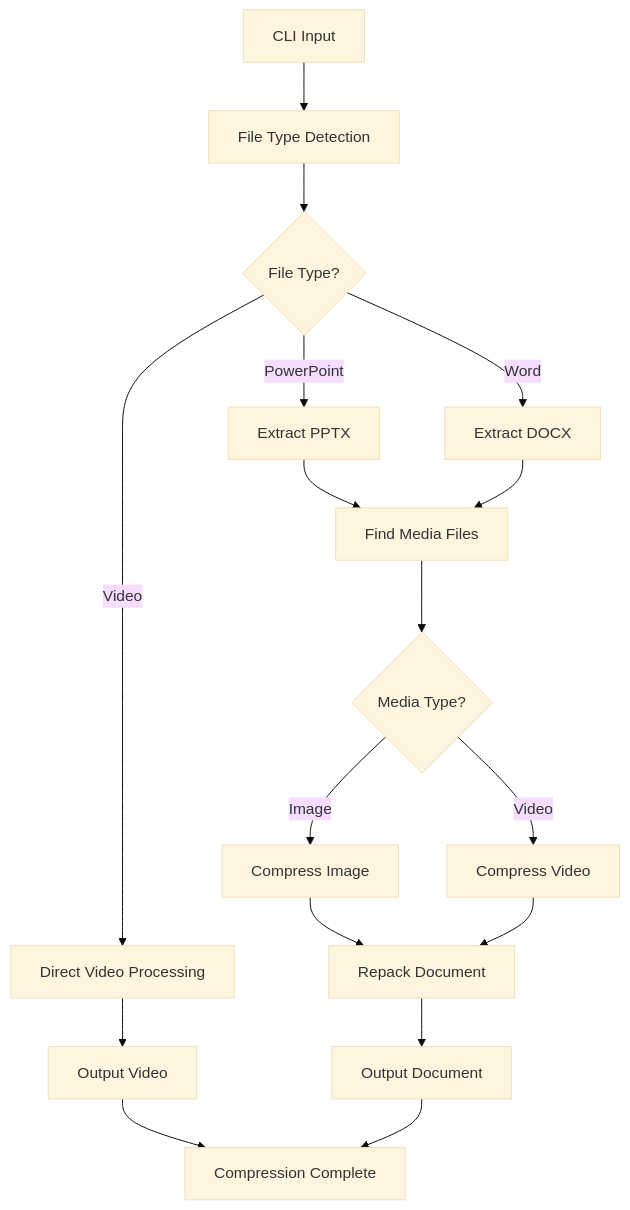
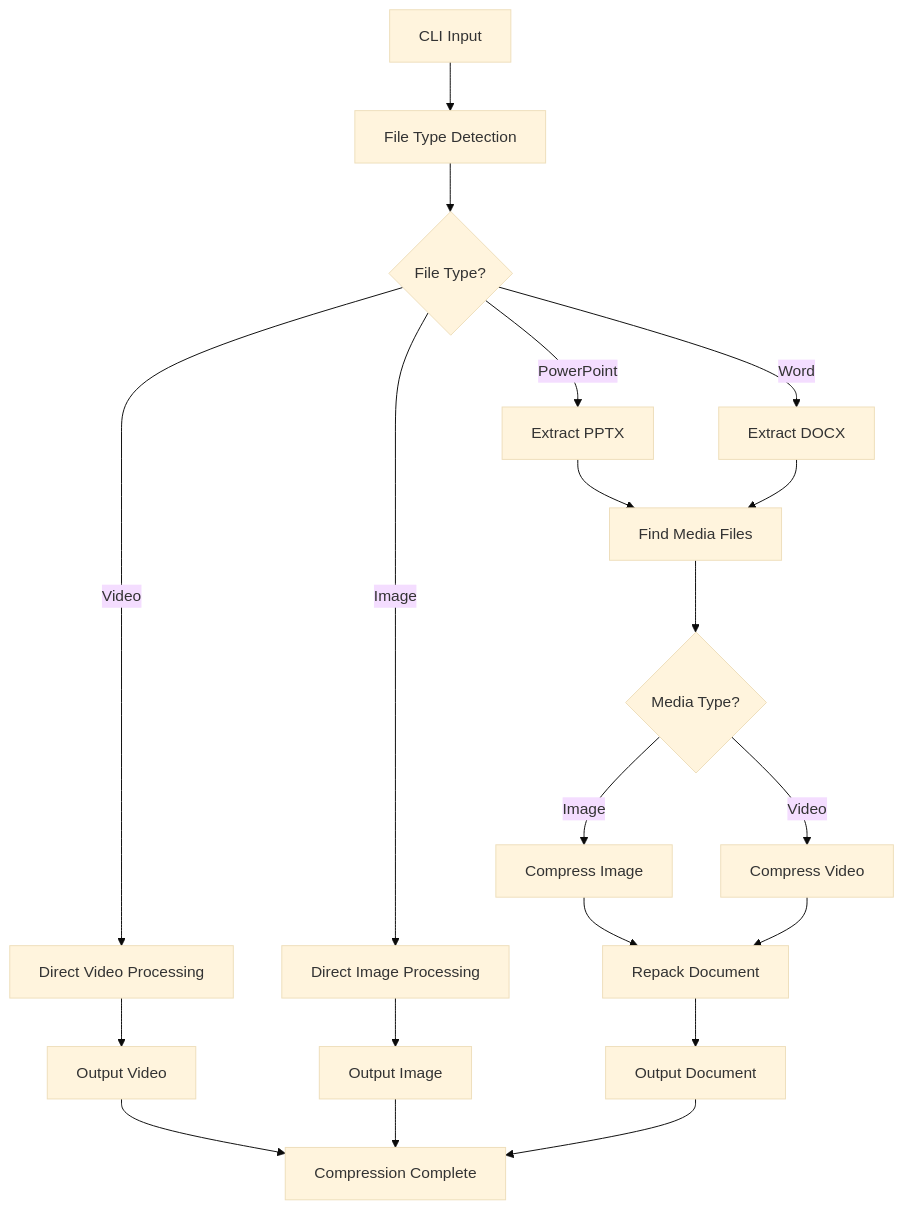
Before and after one commit to yingkitw/deck-compress: the first of 2 diagrams in ARCHITECTURE.md, drawn with Mermaid (base theme). The commit also changed other lines of this file and 12 other files, not shown here.

````diff
--- a/ARCHITECTURE.md
+++ b/ARCHITECTURE.md
@@ -56,24 +72,27 @@
 ```mermaid
 graph TD
     A[CLI Input] --> B[File Type Detection]
     B --> C{File Type?}
     
     C -->|PowerPoint| D[Extract PPTX]
     C -->|Word| E[Extract DOCX]
     C -->|Video| F[Direct Video Processing]
+    C -->|Image| G[Direct Image Processing]
     
-    D --> G[Find Media Files]
-    E --> G
+    D --> H[Find Media Files]
+    E --> H
     
-    G --> H{Media Type?}
-    H -->|Image| I[Compress Image]
-    H -->|Video| J[Compress Video]
+    H --> I{Media Type?}
+    I -->|Image| J[Compress Image]
+    I -->|Video| K[Compress Video]
     
-    I --> K[Repack Document]
-    J --> K
-    F --> L[Output Video]
+    J --> L[Repack Document]
+    K --> L
+    F --> M[Output Video]
+    G --> N[Output Image]
     
-    K --> M[Output Document]
-    L --> N[Compression Complete]
-    M --> N
+    L --> O[Output Document]
+    M --> P[Compression Complete]
+    N --> P
+    O --> P
 ```
````
